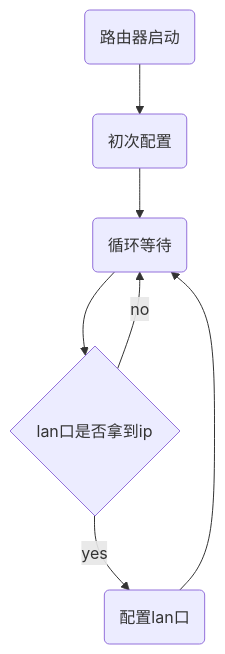
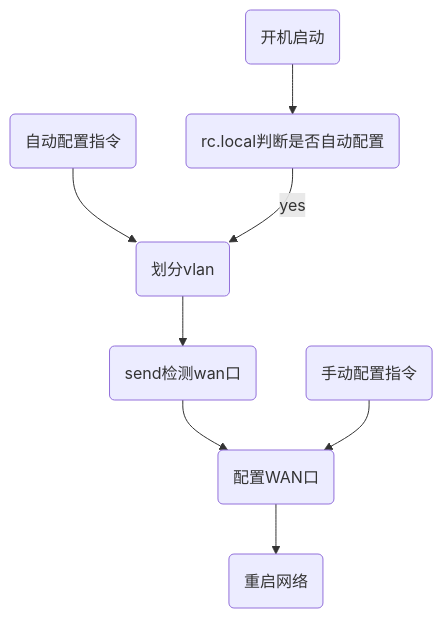
One commit to Siflower/siflower.github.io changed the diagram in _posts/blog/demo/2020-09-11-wan_lan_auto_adapt.md. Above: the diagram before and after it, drawn with Mermaid. The commit also changed other lines of this file and 2 other files, not shown here.

````diff
--- a/_posts/blog/demo/2020-09-11-wan_lan_auto_adapt.md
+++ b/_posts/blog/demo/2020-09-11-wan_lan_auto_adapt.md
@@ -164,6 +147,6 @@
 ```mermaid
 graph TD
-A(路由器启动) -->B(初次配置) --> C(循环等待) --> D{lan口是否拿到ip}
-D -->|yes| E(配置lan口) --> C
-D -->|no| C
+A(自动配置指令) -->B(划分vlan) --> C(send检测wan口) --> D(配置WAN口) --> E(重启网络)
+F(开机启动) -->G(rc.local判断是否自动配置) --> |yes| B
+I(手动配置指令) -->D
 ```
````
